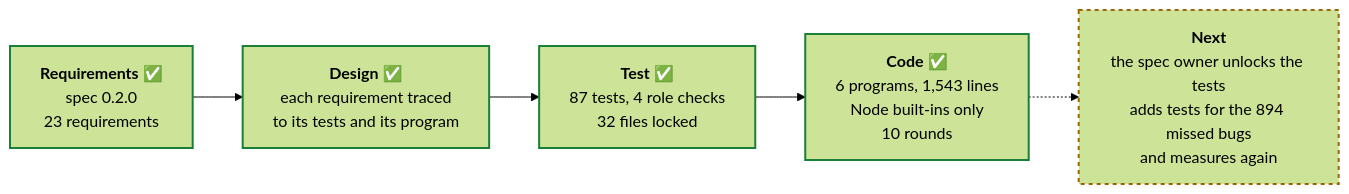
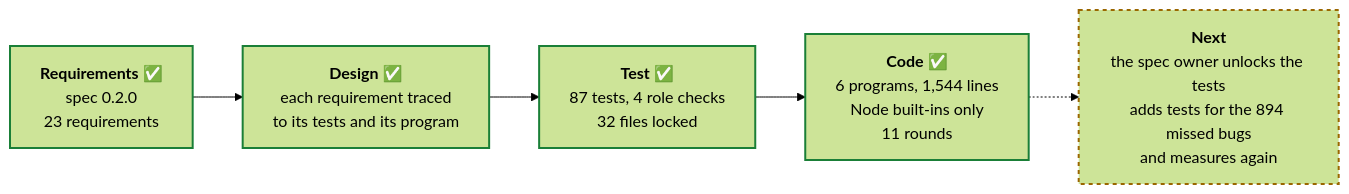
Before and after one commit to PaulDuvall/adlc-security-reviewer: the second of 3 diagrams in README.md, drawn with Mermaid (forest theme). The commit also changed other lines of this file and 2 other files, not shown here.

First line of the commit message:
Code stage round 11: decode legacy octal escapes as JavaScript does

````diff
--- a/README.md
+++ b/README.md
@@ -75,13 +75,13 @@
 ```mermaid
 flowchart LR
   req["<b>Requirements</b> ✅<br/>spec 0.2.0<br/>23 requirements"]
   des["<b>Design</b> ✅<br/>each requirement traced<br/>to its tests and its program"]
   tst["<b>Test</b> ✅<br/>87 tests, 4 role checks<br/>32 files locked"]
-  cod["<b>Code</b> ✅<br/>6 programs, 1,543 lines<br/>Node built-ins only<br/>10 rounds"]
+  cod["<b>Code</b> ✅<br/>6 programs, 1,544 lines<br/>Node built-ins only<br/>11 rounds"]
   nxt["<b>Next</b><br/>the spec owner unlocks the tests<br/>adds tests for the 894 missed bugs<br/>and measures again"]
   req --> des --> tst --> cod -.-> nxt
   classDef done stroke:#1a7f37,stroke-width:2px
   classDef next stroke:#9a6700,stroke-width:2px,stroke-dasharray:4
   class req,des,tst,cod done
   class nxt next
 ```
````
